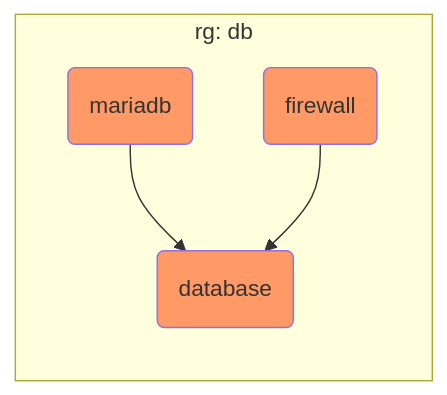
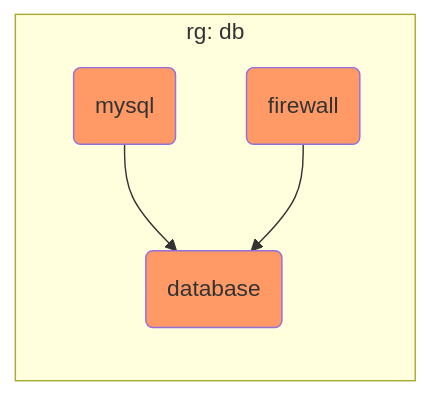
Before and after one commit to acend/terraform-training: the diagram in content/en/docs/06_azure/5-mariadb.md, drawn with Mermaid. The commit also changed other lines of this file and 2 other files, not shown here.

Commit message:
replace mariadb with mysql

````diff
--- a/content/en/docs/06_azure/5-mariadb.md
+++ b/content/en/docs/06_azure/5-mariadb.md
@@ -60,8 +60,8 @@
 ```mermaid
 flowchart LR
     classDef red fill:#f96
     subgraph rg: db
-        mServer(mariadb):::red --> mDb(database):::red 
+        mServer(mysql):::red --> mDb(database):::red 
         mFire(firewall):::red --> mDb
     end
 ```
````
